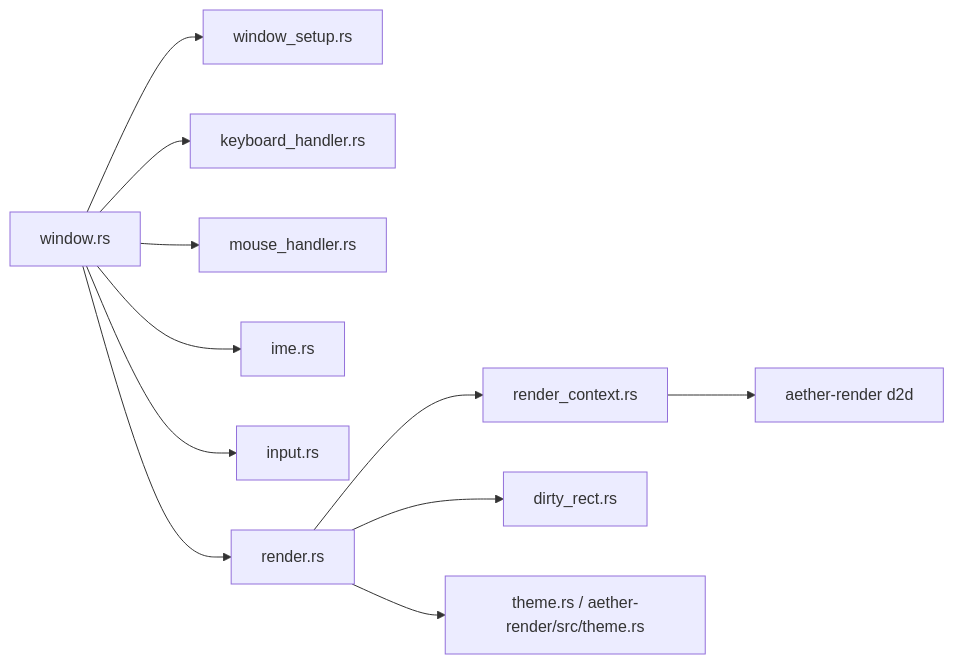
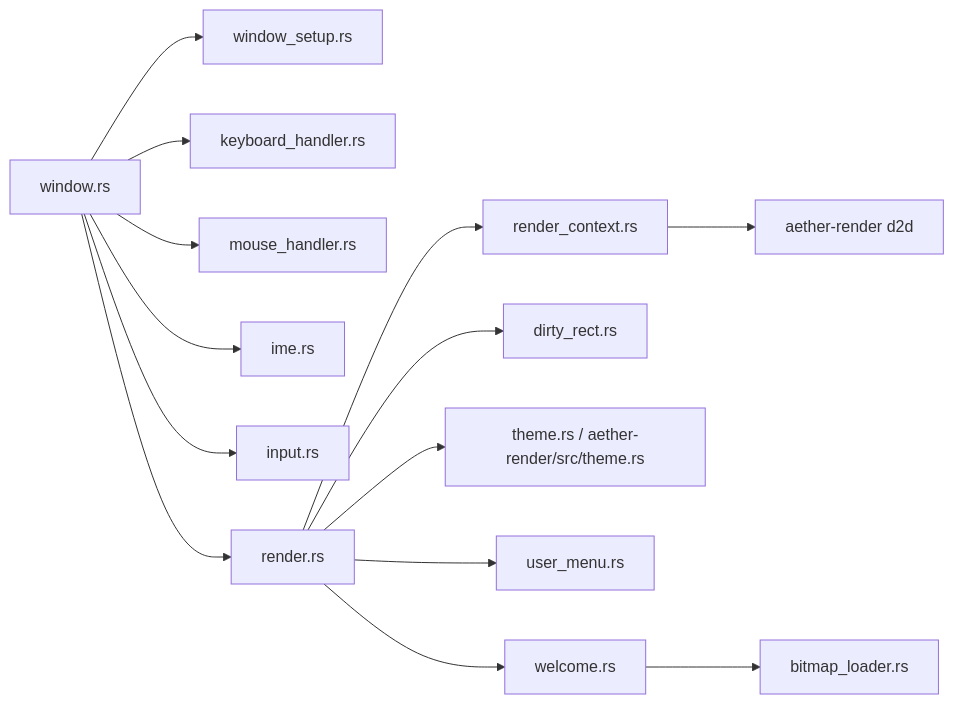
Before and after one commit to songdiyang/AetherStudio: the ninth of 9 diagrams in .qoder/repowiki/zh/content/UI 系统/UI 系统.md, drawn with Mermaid. The commit also changed other lines of this file and 5 other files, not shown here.

````diff
--- a/.qoder/repowiki/zh/content/UI 系统/UI 系统.md
+++ b/.qoder/repowiki/zh/content/UI 系统/UI 系统.md
@@ -443,13 +551,16 @@
 ```mermaid
 graph LR
 Win["window.rs"] --> Setup["window_setup.rs"]
 Win --> Kbd["keyboard_handler.rs"]
 Win --> Mse["mouse_handler.rs"]
 Win --> Ime["ime.rs"]
 Win --> Inp["input.rs"]
 Win --> Rnd["render.rs"]
 Rnd --> RCtx["render_context.rs"]
 Rnd --> Dirty["dirty_rect.rs"]
 Rnd --> Theme["theme.rs / aether-render/src/theme.rs"]
+Rnd --> UserMenu["user_menu.rs"]
+Rnd --> Welcome["welcome.rs"]
+Welcome --> Bitmap["bitmap_loader.rs"]
 RCtx --> D2D["aether-render d2d"]
 ```
````
